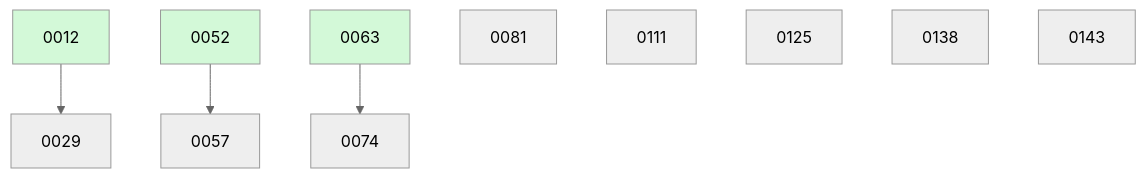
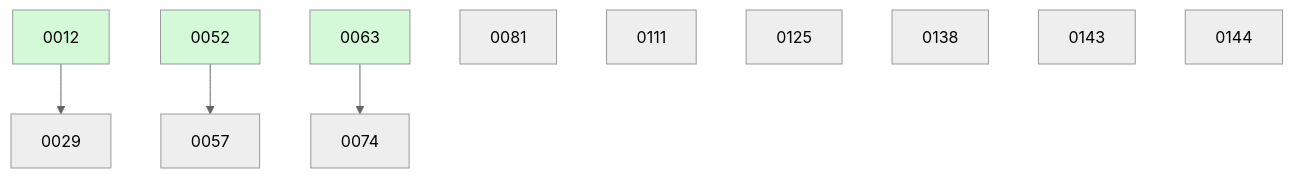
One commit to ethanhinson/fuse changed the diagram in docs/changes/BOARD.md. Above: the diagram before and after it, drawn with Mermaid (neutral theme). The commit also changed other lines of this file and 1 other file, not shown here.

````diff
--- a/docs/changes/BOARD.md
+++ b/docs/changes/BOARD.md
@@ -33,15 +34,16 @@
 ```mermaid
 graph TD
   0012 --> 0029
   0052 --> 0057
   0063 --> 0074
   0081
   0111
   0125
   0138
   0143
+  0144
   0012:::done
   0052:::done
   0063:::done
   classDef done fill:#d3f9d8;
 ```
````
